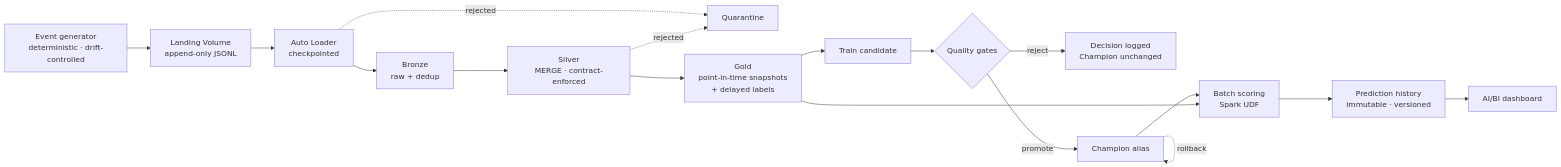
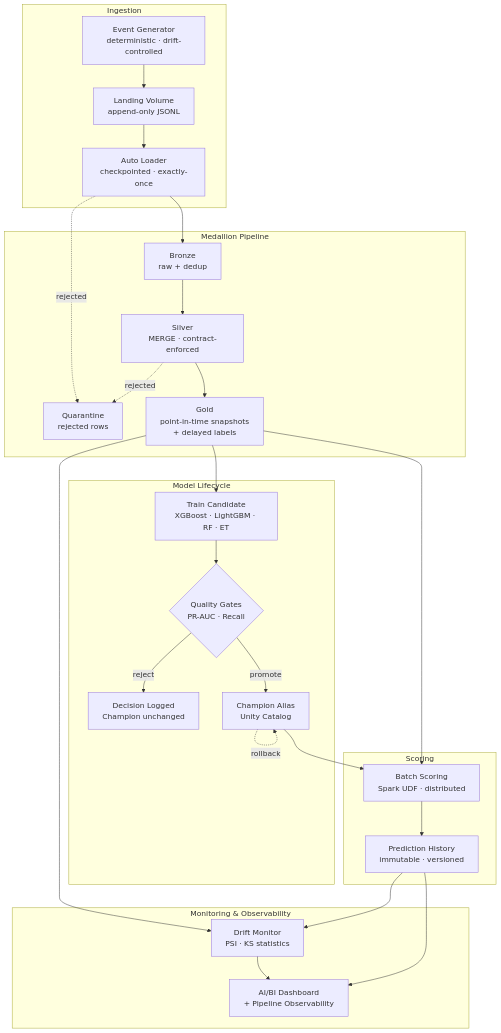
The diagram in README.md (myraidtaoai/churn-prediction), drawn with Mermaid before and after one commit. The commit also changed other lines of this file, not shown here.

Commit message:
docs: vertical architecture diagram with subgraphs, remove Power BI spec from docs table

````diff
--- a/README.md
+++ b/README.md
@@ -16,19 +16,49 @@
 ```mermaid
-flowchart LR
-    GEN["Event generator<br/>deterministic · drift-controlled"] --> VOL["Landing Volume<br/>append-only JSONL"]
-    VOL --> AL["Auto Loader<br/>checkpointed"]
-    AL --> BR["Bronze<br/>raw + dedup"]
-    AL -.rejected.-> QR["Quarantine"]
-    BR --> SV["Silver<br/>MERGE · contract-enforced"]
-    SV -.rejected.-> QR
-    SV --> GD["Gold<br/>point-in-time snapshots<br/>+ delayed labels"]
-    GD --> TR["Train candidate"]
-    TR --> GATE{"Quality gates"}
-    GATE -->|reject| LOG["Decision logged<br/>Champion unchanged"]
-    GATE -->|promote| REG["Champion alias"]
-    REG --> SC["Batch scoring<br/>Spark UDF"]
-    GD --> SC
-    SC --> PH["Prediction history<br/>immutable · versioned"]
-    PH --> DASH["AI/BI dashboard"]
-    REG -.rollback.-> REG
+flowchart TD
+    subgraph ingestion ["Ingestion"]
+        GEN["Event Generator<br/>deterministic · drift-controlled"]
+        VOL["Landing Volume<br/>append-only JSONL"]
+        AL["Auto Loader<br/>checkpointed · exactly-once"]
+        GEN --> VOL --> AL
+    end
+
+    subgraph medallion ["Medallion Pipeline"]
+        BR["Bronze<br/>raw + dedup"]
+        QR["Quarantine<br/>rejected rows"]
+        SV["Silver<br/>MERGE · contract-enforced"]
+        GD["Gold<br/>point-in-time snapshots<br/>+ delayed labels"]
+        AL --> BR
+        AL -.rejected.-> QR
+        BR --> SV
+        SV -.rejected.-> QR
+        SV --> GD
+    end
+
+    subgraph modeling ["Model Lifecycle"]
+        TR["Train Candidate<br/>XGBoost · LightGBM · RF · ET"]
+        GATE{"Quality Gates<br/>PR-AUC · Recall"}
+        LOG["Decision Logged<br/>Champion unchanged"]
+        REG["Champion Alias<br/>Unity Catalog"]
+        GD --> TR --> GATE
+        GATE -->|reject| LOG
+        GATE -->|promote| REG
+        REG -.rollback.-> REG
+    end
+
+    subgraph scoring ["Scoring"]
+        SC["Batch Scoring<br/>Spark UDF · distributed"]
+        PH["Prediction History<br/>immutable · versioned"]
+        REG --> SC
+        GD --> SC
+        SC --> PH
+    end
+
+    subgraph monitoring ["Monitoring & Observability"]
+        DM["Drift Monitor<br/>PSI · KS statistics"]
+        DASH["AI/BI Dashboard<br/>+ Pipeline Observability"]
+        GD --> DM
+        PH --> DM
+        DM --> DASH
+        PH --> DASH
+    end
 ```
````
